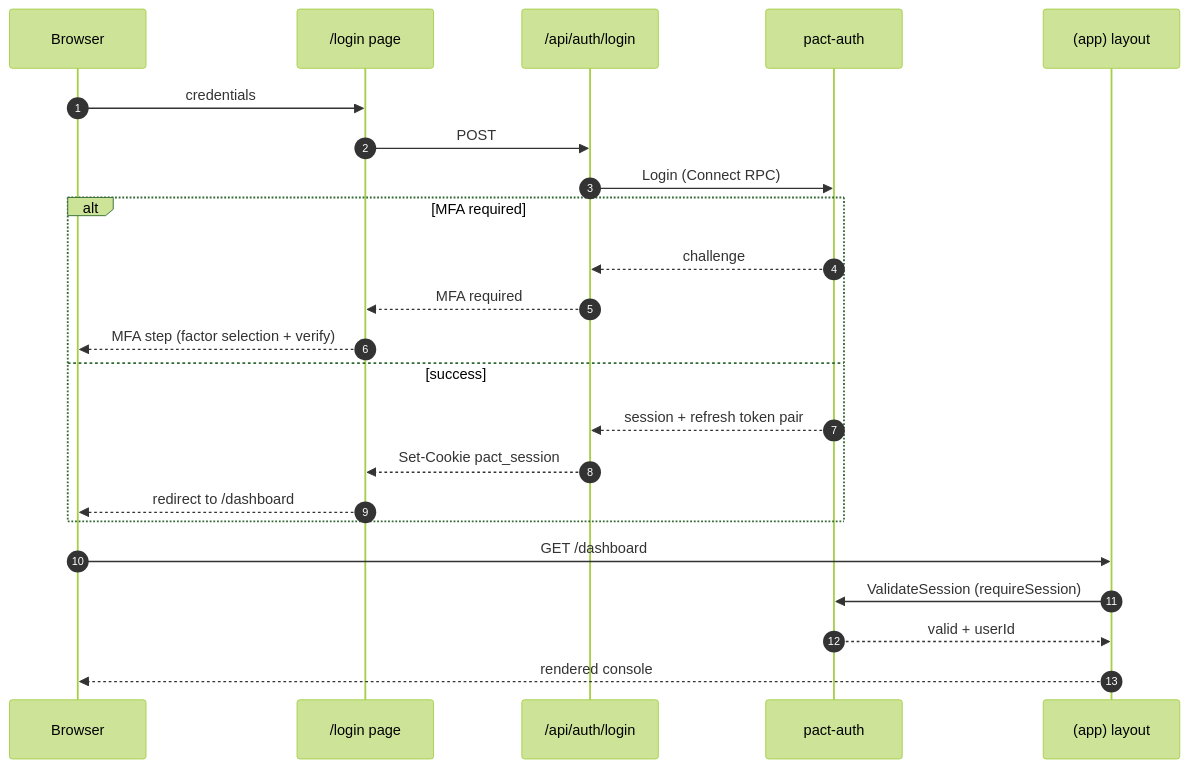
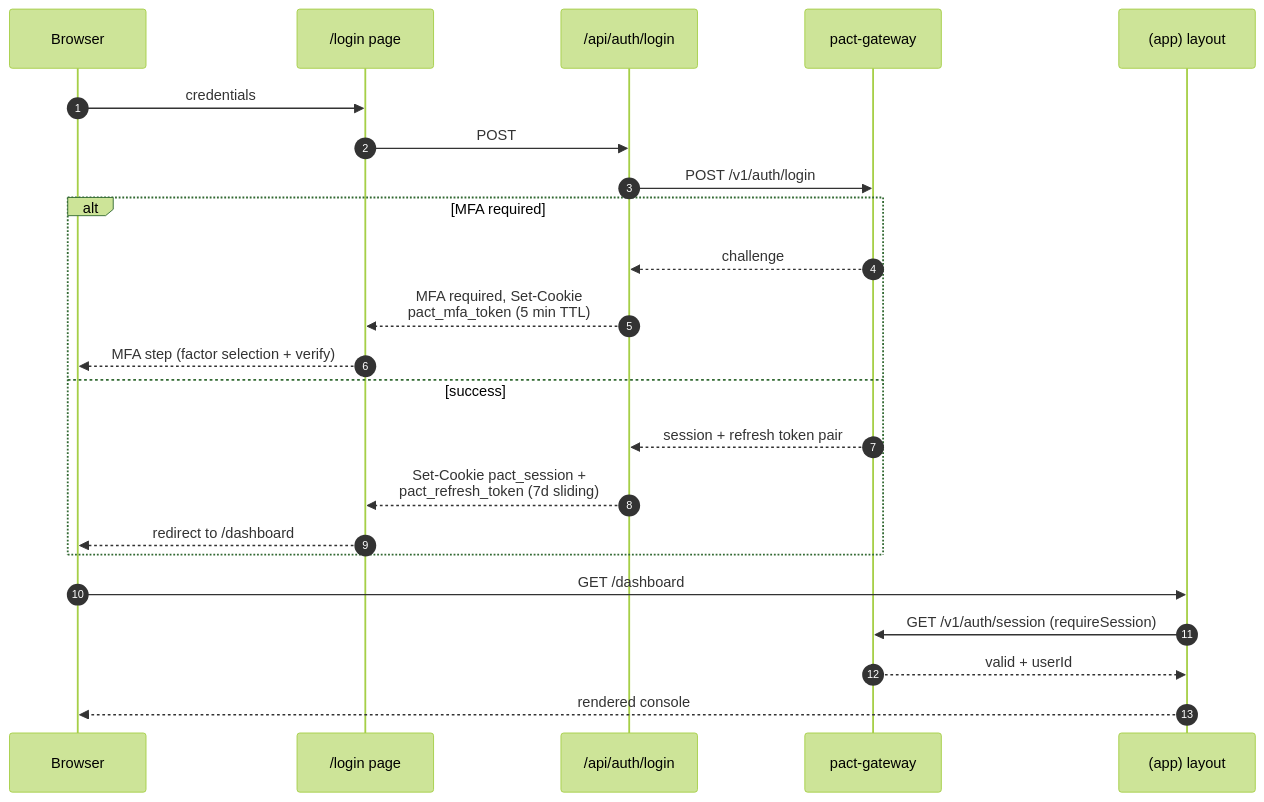
One commit to PACT-Toolkit/pact-web changed the eighth of 12 diagrams in docs/architecture.md. Above: the diagram before and after it, drawn with Mermaid (forest theme). The commit also changed other lines of this file and 1 other file, not shown here.

Commit message:
📝 align architecture diagrams with current auth and session flows (#184)

````diff
--- a/docs/architecture.md
+++ b/docs/architecture.md
@@ -698,26 +717,26 @@
 ```mermaid
 sequenceDiagram
     autonumber
     participant B as Browser
     participant L as /login page
     participant R as /api/auth/login
-    participant A as pact-auth
+    participant G as pact-gateway
     participant P as (app) layout
 
     B->>L: credentials
     L->>R: POST
-    R->>A: Login (Connect RPC)
+    R->>G: POST /v1/auth/login
     alt MFA required
-        A-->>R: challenge
-        R-->>L: MFA required
+        G-->>R: challenge
+        R-->>L: MFA required, Set-Cookie<br/>pact_mfa_token (5 min TTL)
         L-->>B: MFA step (factor selection + verify)
     else success
-        A-->>R: session + refresh token pair
-        R-->>L: Set-Cookie pact_session
+        G-->>R: session + refresh token pair
+        R-->>L: Set-Cookie pact_session +<br/>pact_refresh_token (7d sliding)
         L-->>B: redirect to /dashboard
     end
     B->>P: GET /dashboard
-    P->>A: ValidateSession (requireSession)
-    A-->>P: valid + userId
+    P->>G: GET /v1/auth/session (requireSession)
+    G-->>P: valid + userId
     P-->>B: rendered console
 ```
````
